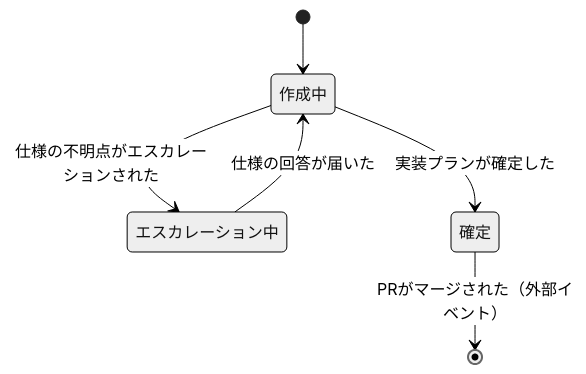
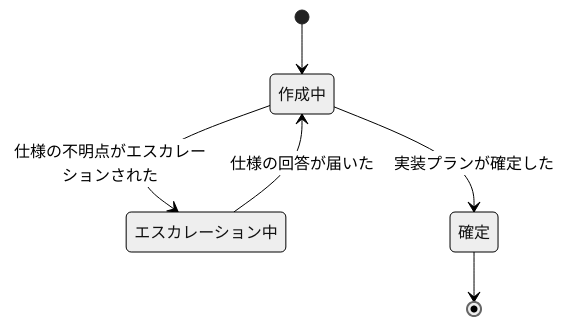
Before and after one commit to kuchita-el/claude-shared-skills: the first of 3 diagrams in docs/development/event-storming.md, drawn with Mermaid (neutral theme). The commit also changed other lines of this file and 1 other file, not shown here.

````diff
--- a/docs/development/event-storming.md
+++ b/docs/development/event-storming.md
@@ -74,8 +76,8 @@
 ```mermaid
 stateDiagram-v2
     [*] --> 作成中
     作成中 --> エスカレーション中: 仕様の不明点がエスカレーションされた
     エスカレーション中 --> 作成中: 仕様の回答が届いた
     作成中 --> 確定: 実装プランが確定した
-    確定 --> [*]: PRがマージされた（外部イベント）
+    確定 --> [*]
 ```
````
